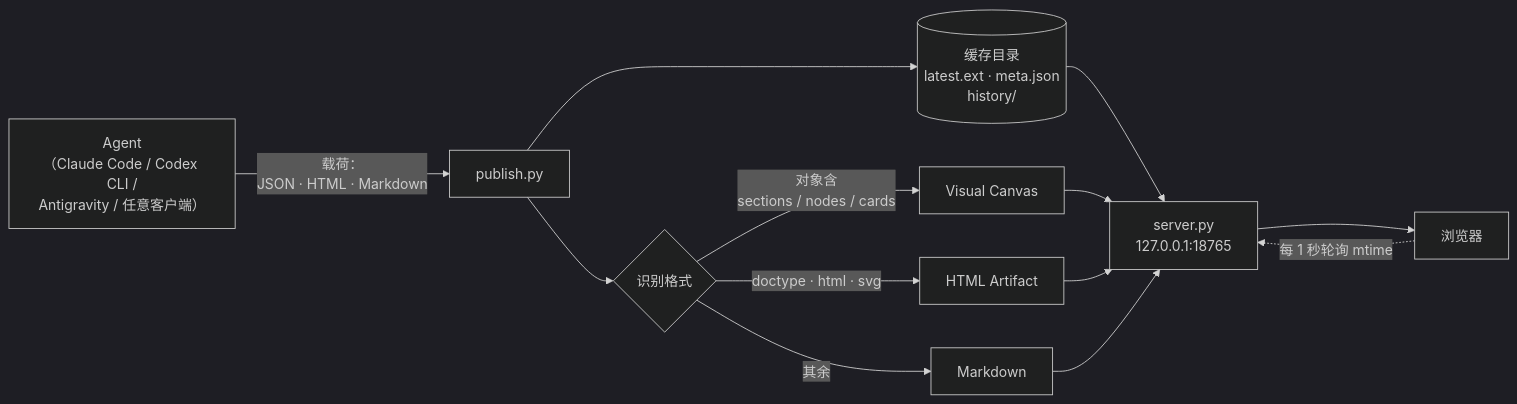
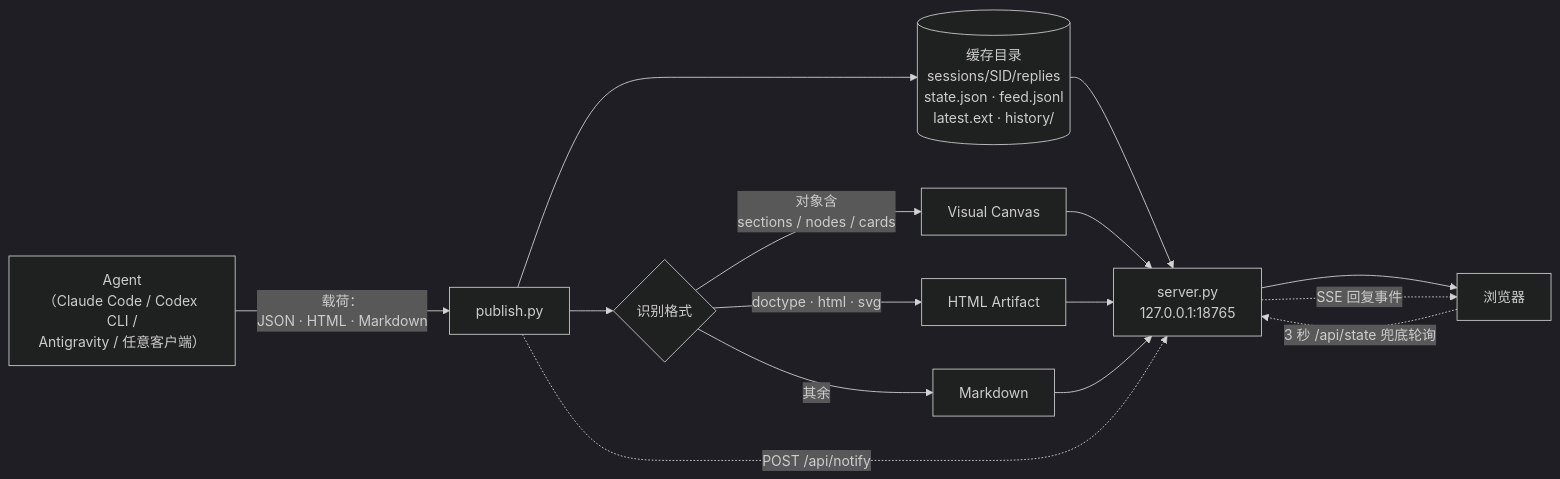
One commit to kyrie21z/visual-reply changed the diagram in README_CN.md. Above: the diagram before and after it, drawn with Mermaid (dark theme). The commit also changed other lines of this file and 6 other files, not shown here.

Commit message:
feat: multi-session workbench v4 with SSE, session store, and history (refs #1)

````diff
--- a/README_CN.md
+++ b/README_CN.md
@@ -91,15 +113,17 @@
 ```mermaid
 flowchart LR
     A["Agent<br/>（Claude Code / Codex CLI /<br/>Antigravity / 任意客户端）"] -->|"载荷：<br/>JSON · HTML · Markdown"| B["publish.py"]
     B --> C{"识别格式"}
     C -->|"对象含<br/>sections / nodes / cards"| D["Visual Canvas"]
     C -->|"doctype · html · svg"| E["HTML Artifact"]
     C -->|"其余"| F["Markdown"]
-    B --> G[("缓存目录<br/>latest.ext · meta.json<br/>history/")]
+    B --> G[("缓存目录<br/>sessions/SID/replies<br/>state.json · feed.jsonl<br/>latest.ext · history/")]
     G --> H["server.py<br/>127.0.0.1:18765"]
     D --> H
     E --> H
     F --> H
     H --> I["浏览器"]
-    I -.->|"每 1 秒轮询 mtime"| H
+    B -.->|"POST /api/notify"| H
+    H -.->|"SSE 回复事件"| I
+    I -.->|"3 秒 /api/state 兜底轮询"| H
 ```
````
